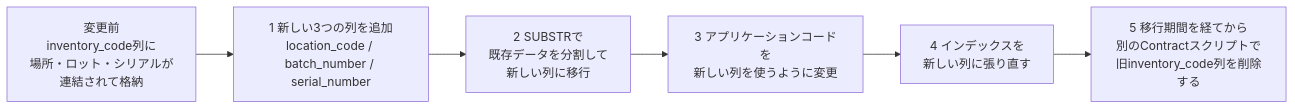
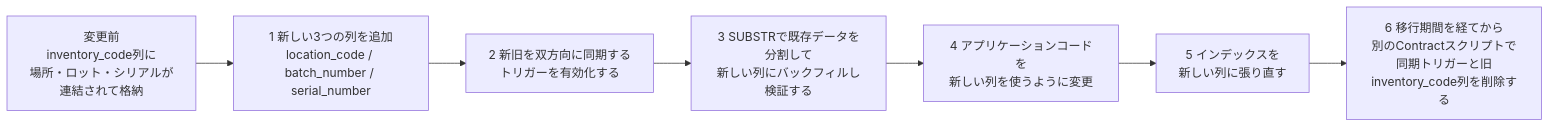
One commit to myoshi2891/Software-Design-and-Architecture changed diagram 11 of 13 in Refactoring-databases-guide.md. Above: the diagram before and after it, drawn with Mermaid. The commit also changed other lines of this file and 1 other file, not shown here.

First line of the commit message:
fix(refactoring-databases): Split Column に双方向同期を追加し Mermaid 障害を隔離

````diff
--- a/Refactoring-databases-guide.md
+++ b/Refactoring-databases-guide.md
@@ -413,8 +413,9 @@
 ```mermaid
 flowchart LR
     A["変更前<br/>inventory_code列に<br/>場所・ロット・シリアルが<br/>連結されて格納"] --> B["1 新しい3つの列を追加<br/>location_code / batch_number / serial_number"]
-    B --> C["2 SUBSTRで<br/>既存データを分割して<br/>新しい列に移行"]
-    C --> D["3 アプリケーションコードを<br/>新しい列を使うように変更"]
-    D --> E["4 インデックスを<br/>新しい列に張り直す"]
-    E --> F["5 移行期間を経てから<br/>別のContractスクリプトで<br/>旧inventory_code列を削除する"]
+    B --> C["2 新旧を双方向に同期する<br/>トリガーを有効化する"]
+    C --> C2["3 SUBSTRで既存データを分割して<br/>新しい列にバックフィルし検証する"]
+    C2 --> D["4 アプリケーションコードを<br/>新しい列を使うように変更"]
+    D --> E["5 インデックスを<br/>新しい列に張り直す"]
+    E --> F["6 移行期間を経てから<br/>別のContractスクリプトで<br/>同期トリガーと旧inventory_code列を削除する"]
 ```
````
